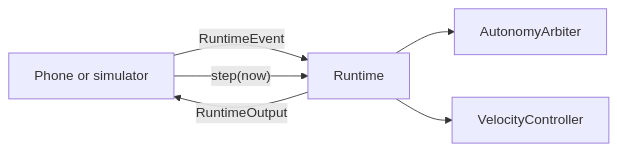
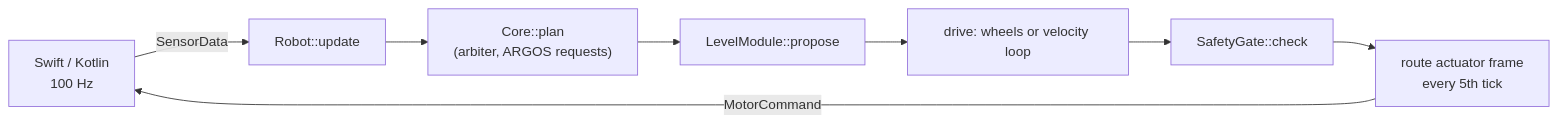
One commit to Super-Yojan/Terra changed the diagram in docs/crates/terra-robot.md. Above: the diagram before and after it, drawn with Mermaid. The commit also changed other lines of this file and 3 other files, not shown here.

First line of the commit message:
Docs: describe Robot::update, level modules and the safety gate

````diff
--- a/docs/crates/terra-robot.md
+++ b/docs/crates/terra-robot.md
@@ -11,8 +12,10 @@
 ```mermaid
 flowchart LR
-  Host[Phone or simulator] -- RuntimeEvent --> RT[Runtime]
-  Host -- "step(now)" --> RT
-  RT -- RuntimeOutput --> Host
-  RT --> Arb[AutonomyArbiter]
-  RT --> Ctl[VelocityController]
+  Phone[Swift / Kotlin<br/>100 Hz] -- SensorData --> U["Robot::update"]
+  U --> P["Core::plan<br/>(arbiter, ARGOS requests)"]
+  P --> L[LevelModule::propose]
+  L --> D[drive: wheels or velocity loop]
+  D --> G[SafetyGate::check]
+  G --> R[route actuator frame<br/>every 5th tick]
+  R -- MotorCommand --> Phone
 ```
````
